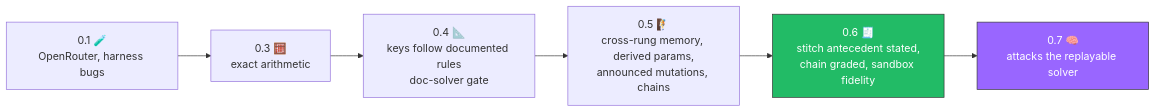
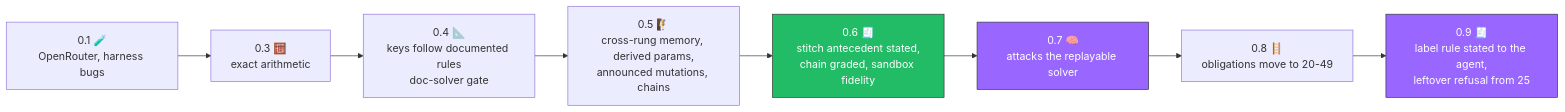
One commit to shoemoney/bruno-quaere-bench changed the second of 2 diagrams in README.md. Above: the diagram before and after it, drawn with Mermaid. The commit also changed other lines of this file and 1 other file, not shown here.

First line of the commit message:
docs: ✅ 0.9.0 verified — round seven recorded, three refusal falls marked lower bounds, round eight live

````diff
--- a/README.md
+++ b/README.md
@@ -254,10 +275,13 @@
 ```mermaid
 flowchart LR
     A[0.1 🧪<br/>OpenRouter, harness bugs] --> B[0.3 🧮<br/>exact arithmetic]
     B --> C[0.4 📐<br/>keys follow documented rules<br/>doc-solver gate]
     C --> D[0.5 🧗<br/>cross-rung memory, derived params,<br/>announced mutations, chains]
     D --> E[0.6 🧾<br/>stitch antecedent stated,<br/>chain graded, sandbox fidelity]
     E --> F[0.7 🧠<br/>attacks the replayable solver]
+    F --> G[0.8 🪜<br/>obligations move to 20-49]
+    G --> H[0.9 🧾<br/>label rule stated to the agent,<br/>leftover refusal from 25]
     style E fill:#2b6,stroke:#333,color:#fff
     style F fill:#96f,stroke:#333,color:#fff
+    style H fill:#96f,stroke:#333,color:#fff
 ```
````
